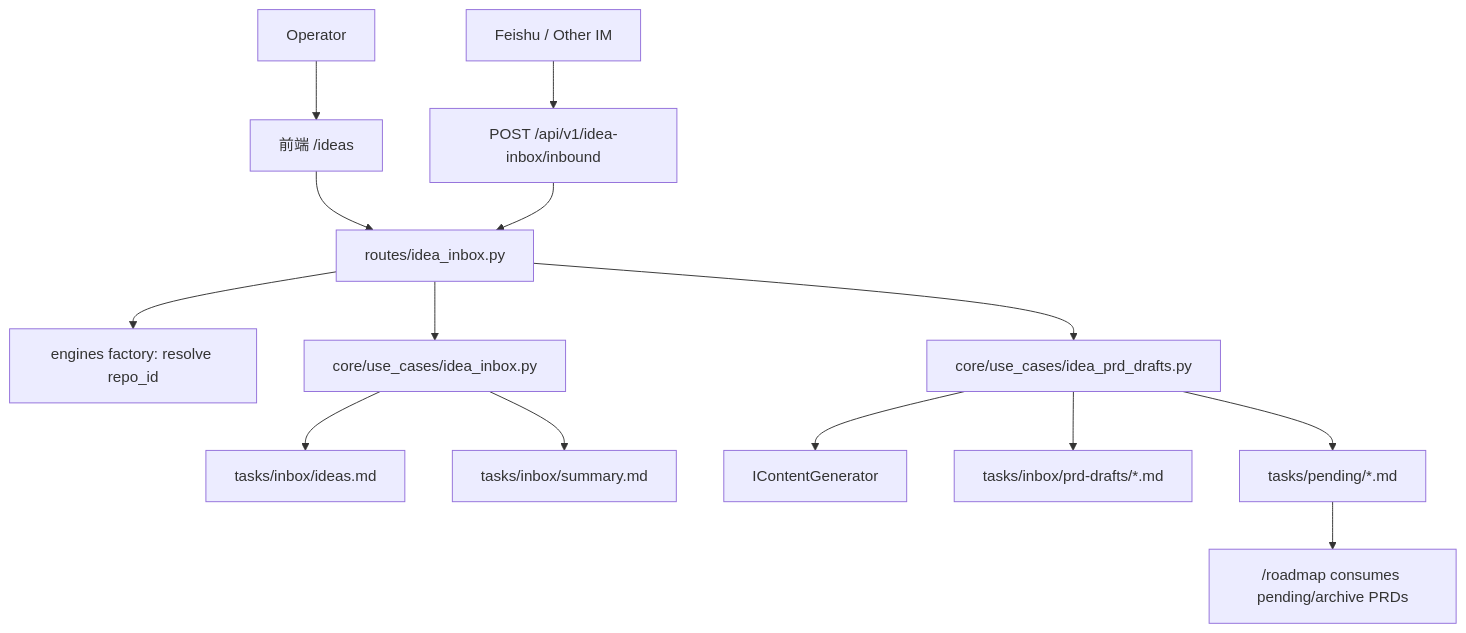
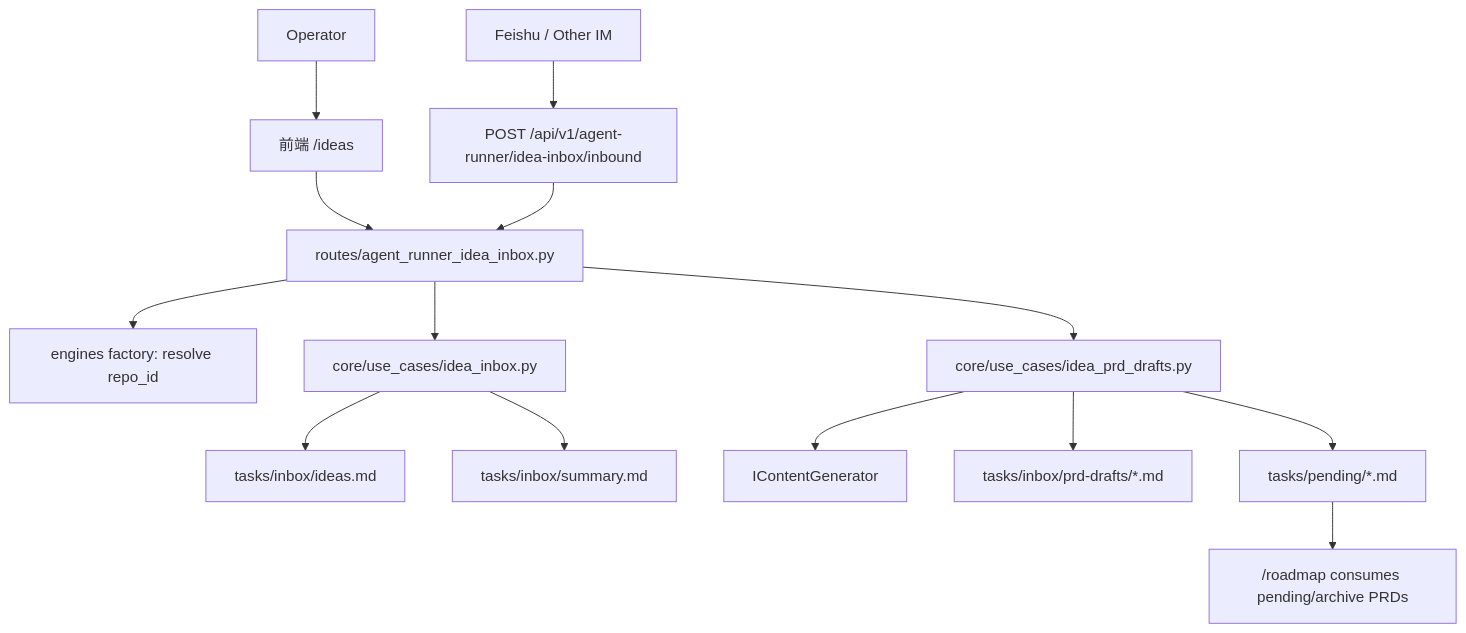
One commit to zata-zhangtao/keda changed the first of 2 diagrams in tasks/pending/P1-FEAT-20260614-203810-frontend-idea-inbox-cross-platform.md. Above: the diagram before and after it, drawn with Mermaid. The commit also changed other lines of this file and 18 other files, not shown here.

First line of the commit message:
feat: Enhance Idea Inbox and PRD handling

````diff
--- a/tasks/pending/P1-FEAT-20260614-203810-frontend-idea-inbox-cross-platform.md
+++ b/tasks/pending/P1-FEAT-20260614-203810-frontend-idea-inbox-cross-platform.md
@@ -336,19 +350,19 @@
 ```mermaid
 flowchart TD
     User["Operator"] --> IdeasPage["前端 /ideas"]
-    IM["Feishu / Other IM"] --> Inbound["POST /api/v1/idea-inbox/inbound"]
+    IM["Feishu / Other IM"] --> Inbound["POST /api/v1/agent-runner/idea-inbox/inbound"]
 
-    IdeasPage --> API["routes/idea_inbox.py"]
+    IdeasPage --> API["routes/agent_runner_idea_inbox.py"]
     Inbound --> API
     API --> RepoResolve["engines factory: resolve repo_id"]
     API --> InboxUseCase["core/use_cases/idea_inbox.py"]
     API --> DraftUseCase["core/use_cases/idea_prd_drafts.py"]
 
     InboxUseCase --> IdeasFile["tasks/inbox/ideas.md"]
     InboxUseCase --> SummaryFile["tasks/inbox/summary.md"]
     DraftUseCase --> Generator["IContentGenerator"]
     DraftUseCase --> Drafts["tasks/inbox/prd-drafts/*.md"]
     DraftUseCase --> Pending["tasks/pending/*.md"]
 
     Pending --> Roadmap["/roadmap consumes pending/archive PRDs"]
 ```
````
